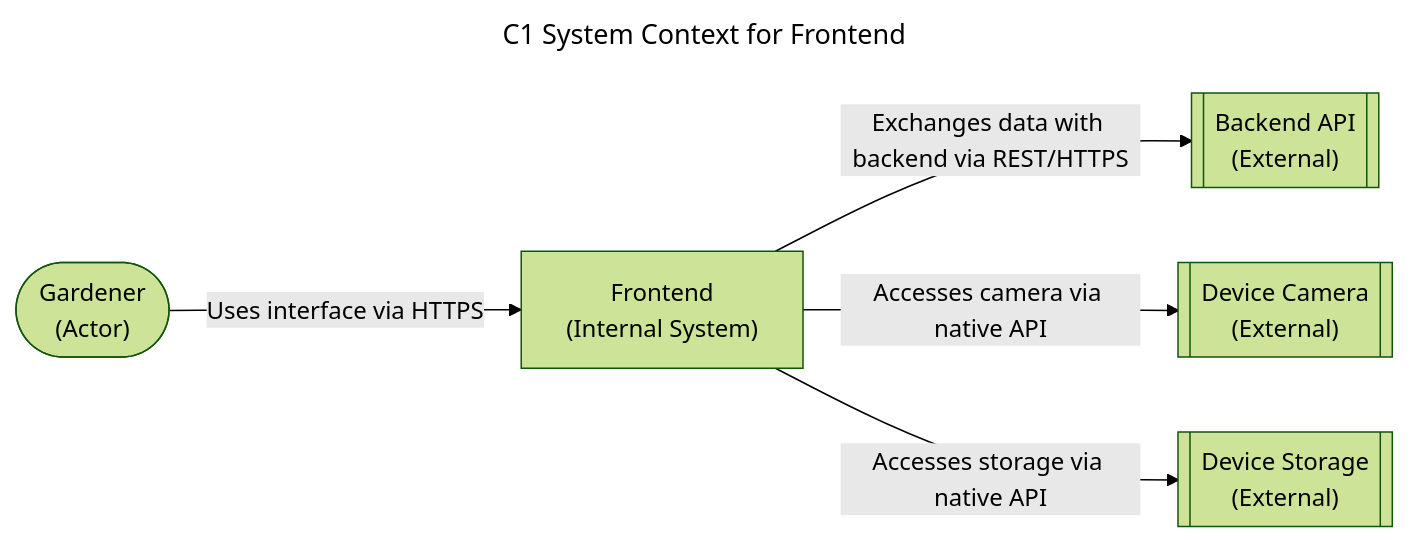
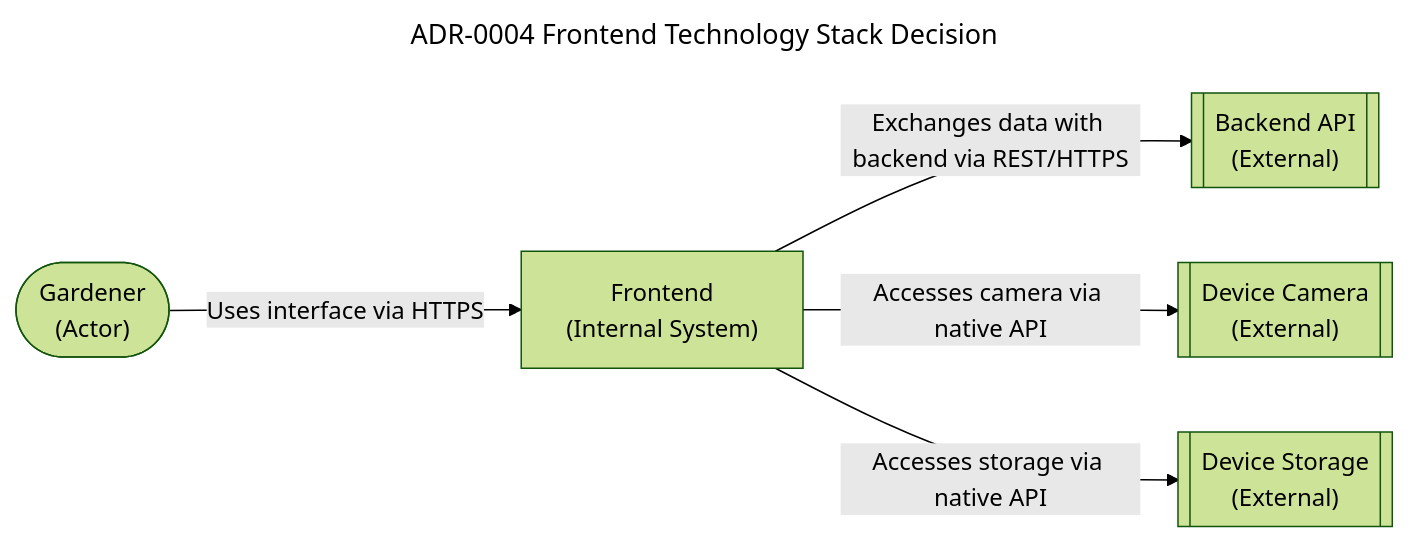
Before and after one commit to geraldthewes/plant-tracking: the diagram in knowledge/architecture/decisions/ADR-0004-frontend-technology-stack.md, drawn with Mermaid (forest theme). The commit also changed other lines of this file and 11 other files, not shown here.

````diff
--- a/knowledge/architecture/decisions/ADR-0004-frontend-technology-stack.md
+++ b/knowledge/architecture/decisions/ADR-0004-frontend-technology-stack.md
@@ -50,16 +69,16 @@
 ```mermaid
 ---
-title: C1 System Context for Frontend
+title: ADR-0004 Frontend Technology Stack Decision
 ---
 flowchart LR
     gardener(["Gardener\n(Actor)"])
     frontend["Frontend\n(Internal System)"]
     backend[["Backend API\n(External)"]]
     camera[["Device Camera\n(External)"]]
     storage[["Device Storage\n(External)"]]
 
     gardener -->|"Uses interface via HTTPS"| frontend
     frontend -->|"Exchanges data with backend via REST/HTTPS"| backend
     frontend -->|"Accesses camera via native API"| camera
     frontend -->|"Accesses storage via native API"| storage
 ```
````
